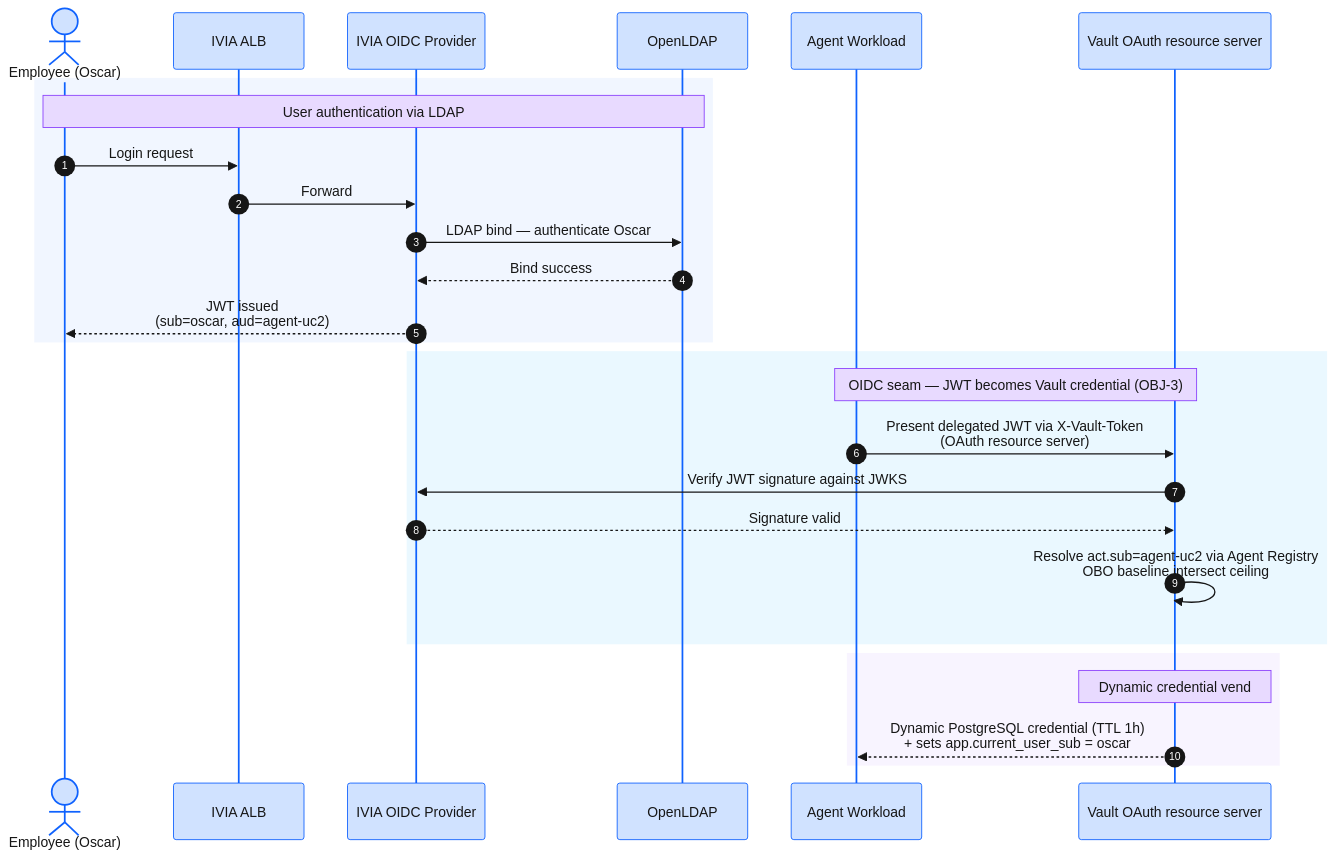
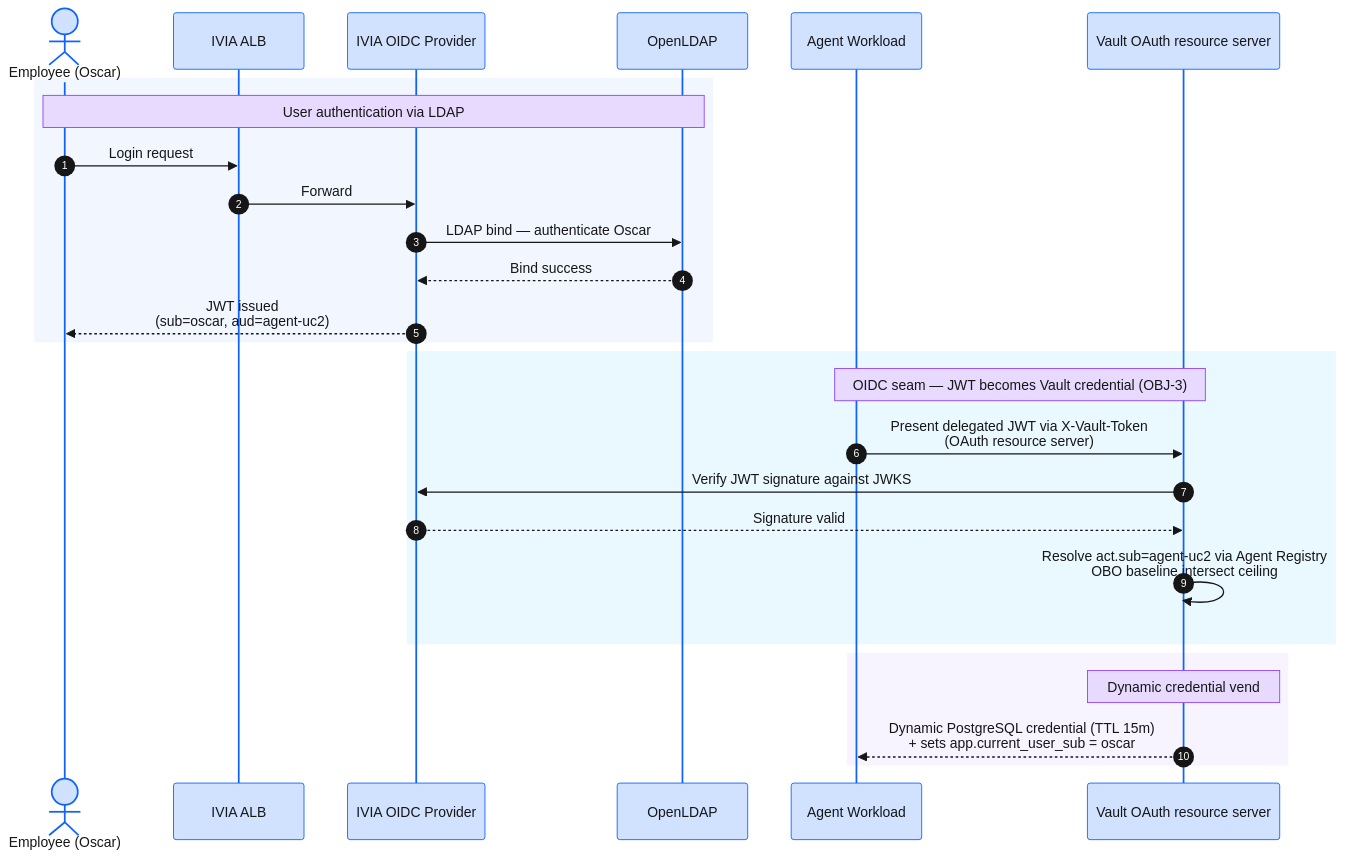
The diagram in workshop/content/30-deploy-foundation/33-verify-deployment/335-oidc-seam/index.en.md (aws-samples/sample-agentic-runtime-security-on-aws-with-vault), drawn with Mermaid before and after one commit.

Commit message:
fix(content): the OIDC-seam diagram vends a 15-minute credential, not an hour
The flow diagram labelled the dynamic PostgreSQL credential "TTL 1h". No
database role on this deployment issues an hour-long credential — the Use Case 2
role the diagram depicts (uc2-personal-readonly) has default_ttl 900, and
uc1-readonly is the same 15 minutes while uc3-refund-writer is 5.

One hour is the *Vault client token* TTL (token_ttl = 3600 on the Kubernetes auth
roles), which every other page states correctly and about the right object. Here
it was attached to the credential, which overstates the standing-privilege window
by four times on the page that introduces the seam.

Verified live: vault read database/roles/uc2-personal-readonly -> default_ttl 900.

````diff
--- a/workshop/content/30-deploy-foundation/33-verify-deployment/335-oidc-seam/index.en.md
+++ b/workshop/content/30-deploy-foundation/33-verify-deployment/335-oidc-seam/index.en.md
@@ -18,55 +18,55 @@
 ```mermaid
 %%{init: {'theme': 'base', 'themeVariables': {
   'primaryColor': '#d0e2ff',
   'primaryTextColor': '#161616',
   'primaryBorderColor': '#0f62fe',
   'lineColor': '#0f62fe',
   'secondaryColor': '#bae6ff',
   'tertiaryColor': '#f4f4f4',
   'noteBkgColor': '#e8daff',
   'noteTextColor': '#161616',
   'noteBorderColor': '#8a3ffc',
   'actorBkg': '#d0e2ff',
   'actorBorder': '#0f62fe',
   'actorTextColor': '#161616',
   'signalColor': '#161616',
   'signalTextColor': '#161616',
   'labelBoxBkgColor': '#d0e2ff',
   'labelBoxBorderColor': '#0f62fe',
   'labelTextColor': '#161616',
   'loopTextColor': '#161616',
   'activationBorderColor': '#0f62fe',
   'activationBkgColor': '#edf5ff',
   'sequenceNumberColor': '#ffffff'
 }}}%%
 sequenceDiagram
     autonumber
     actor Oscar as Employee (Oscar)
     participant ALB as IVIA ALB
     participant IVIA as IVIA OIDC Provider
     participant LDAP as OpenLDAP
     participant Agent as Agent Workload
     participant Vault as Vault OAuth resource server
 
     rect rgba(208, 226, 255, 0.3)
     Note over Oscar,LDAP: User authentication via LDAP
     Oscar->>ALB: Login request
     ALB->>IVIA: Forward
     IVIA->>LDAP: LDAP bind — authenticate Oscar
     LDAP-->>IVIA: Bind success
     IVIA-->>Oscar: JWT issued<br/>(sub=oscar, aud=agent-uc2)
     end
 
     rect rgba(186, 230, 255, 0.3)
     Note over Agent,Vault: OIDC seam — JWT becomes Vault credential (OBJ-3)
     Agent->>Vault: Present delegated JWT via X-Vault-Token<br/>(OAuth resource server)
     Vault->>IVIA: Verify JWT signature against JWKS
     IVIA-->>Vault: Signature valid
     Vault->>Vault: Resolve act.sub=agent-uc2 via Agent Registry<br/>OBO baseline intersect ceiling
     end
 
     rect rgba(232, 218, 255, 0.3)
     Note over Vault,Vault: Dynamic credential vend
-    Vault-->>Agent: Dynamic PostgreSQL credential (TTL 1h)<br/>+ sets app.current_user_sub = oscar
+    Vault-->>Agent: Dynamic PostgreSQL credential (TTL 15m)<br/>+ sets app.current_user_sub = oscar
     end
 ```
````
